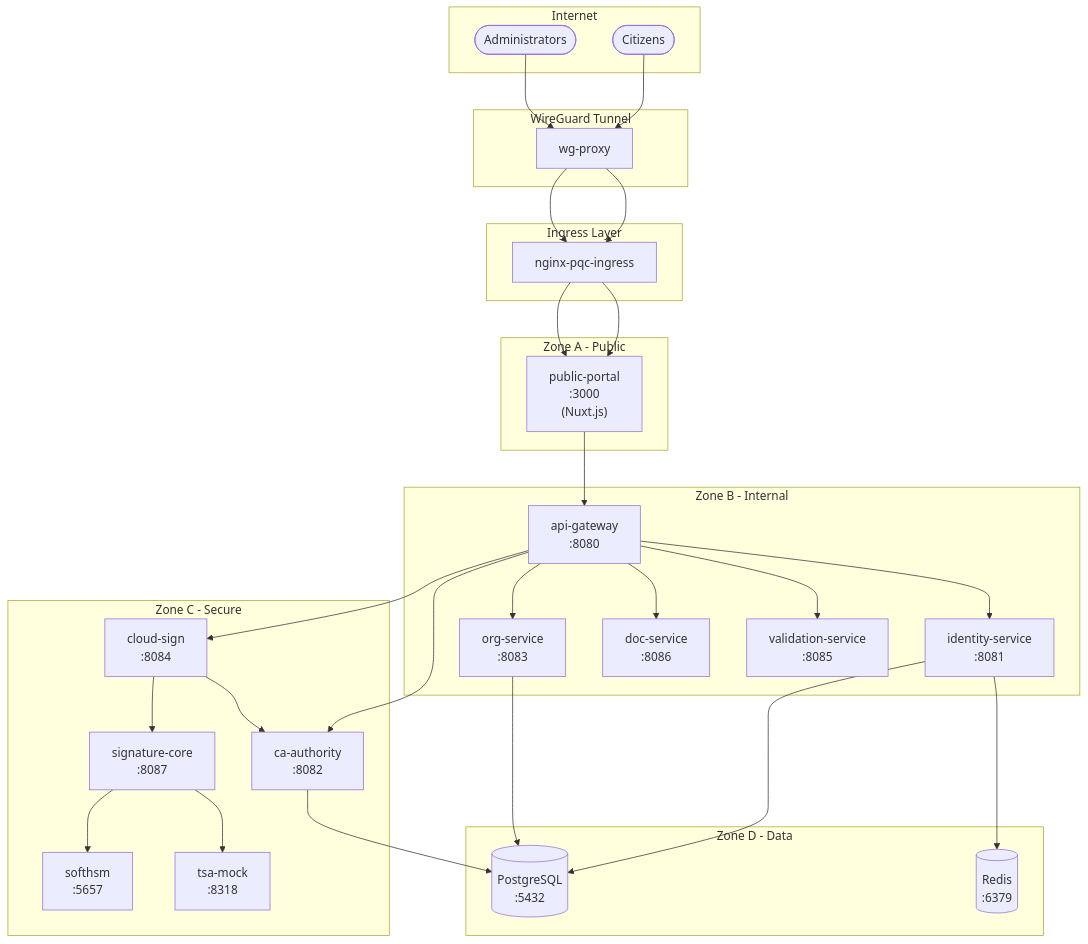
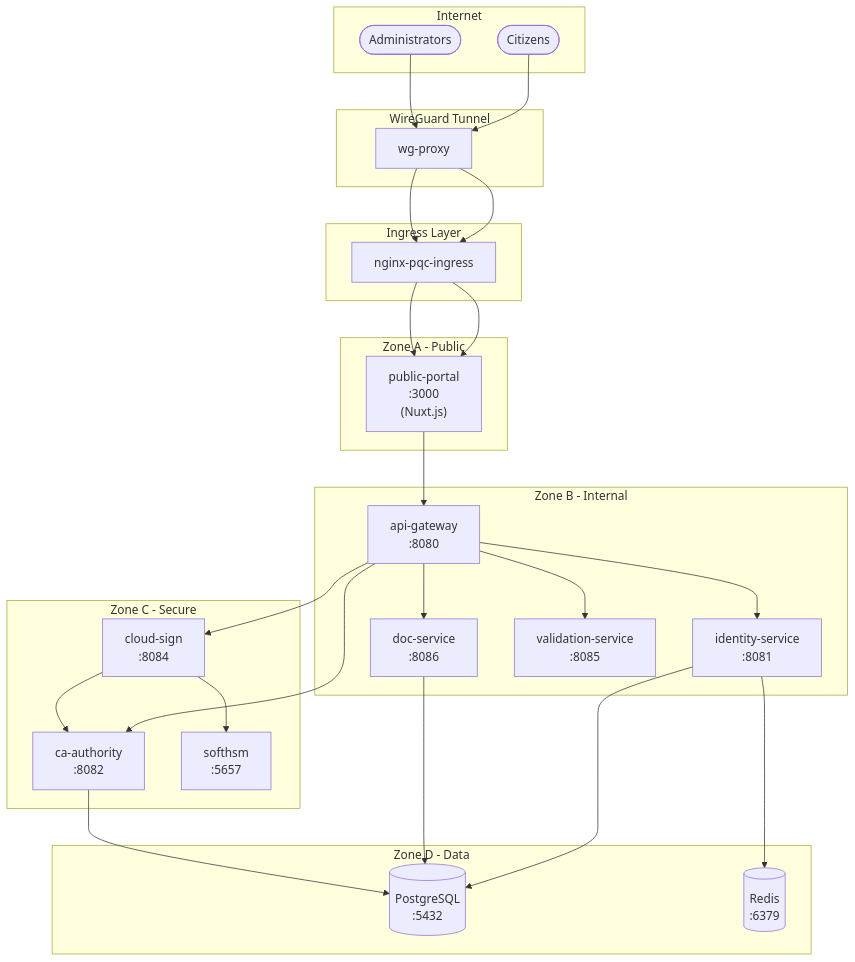
One commit to LVy-H/Crypto-Final-Public-Administration changed the first of 2 diagrams in docs/architecture.md. Above: the diagram before and after it, drawn with Mermaid. The commit also changed other lines of this file and 155 other files, not shown here.

````diff
--- a/docs/architecture.md
+++ b/docs/architecture.md
@@ -7,61 +7,55 @@
 ```mermaid
 flowchart TB
     subgraph External["Internet"]
         User([Citizens])
         Admin([Administrators])
     end
 
     subgraph Tunnel["WireGuard Tunnel"]
         WG[wg-proxy]
     end
 
     subgraph Ingress["Ingress Layer"]
         NGINX[nginx-pqc-ingress]
     end
 
     subgraph Public["Zone A - Public"]
         Portal["public-portal<br/>:3000<br/>(Nuxt.js)"]
     end
 
     subgraph Internal["Zone B - Internal"]
         API["api-gateway<br/>:8080"]
         Identity["identity-service<br/>:8081"]
-        Org["org-service<br/>:8083"]
         Doc["doc-service<br/>:8086"]
         Validation["validation-service<br/>:8085"]
     end
 
     subgraph Secure["Zone C - Secure"]
         CA["ca-authority<br/>:8082"]
-        Sign["signature-core<br/>:8087"]
         Cloud["cloud-sign<br/>:8084"]
         HSM["softhsm<br/>:5657"]
-        TSA["tsa-mock<br/>:8318"]
     end
 
     subgraph Data["Zone D - Data"]
         PG[(PostgreSQL<br/>:5432)]
         Redis[(Redis<br/>:6379)]
     end
 
     User --> WG --> NGINX --> Portal
     Admin --> WG --> NGINX --> Portal
     Portal --> API
 
     API --> Identity
-    API --> Org
     API --> Doc
     API --> Validation
     API --> Cloud
     API --> CA
 
     Identity --> PG
     Identity --> Redis
-    Org --> PG
+    Doc --> PG
     CA --> PG
     
-    Cloud --> Sign
     Cloud --> CA
-    Sign --> HSM
-    Sign --> TSA
+    Cloud --> HSM
 ```
````
